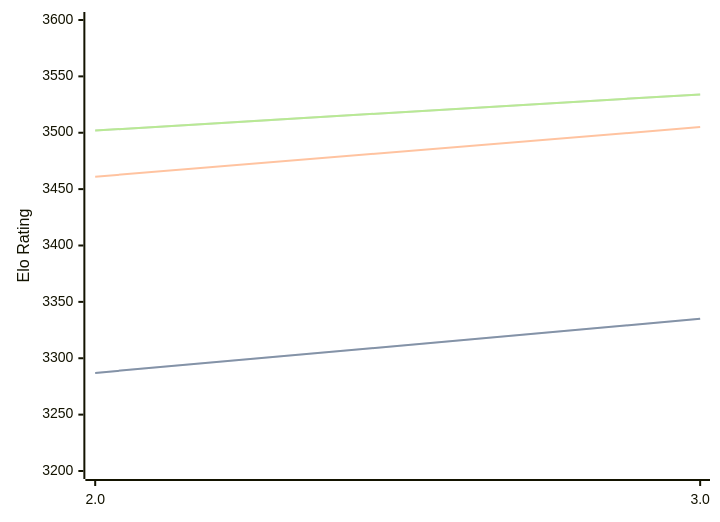
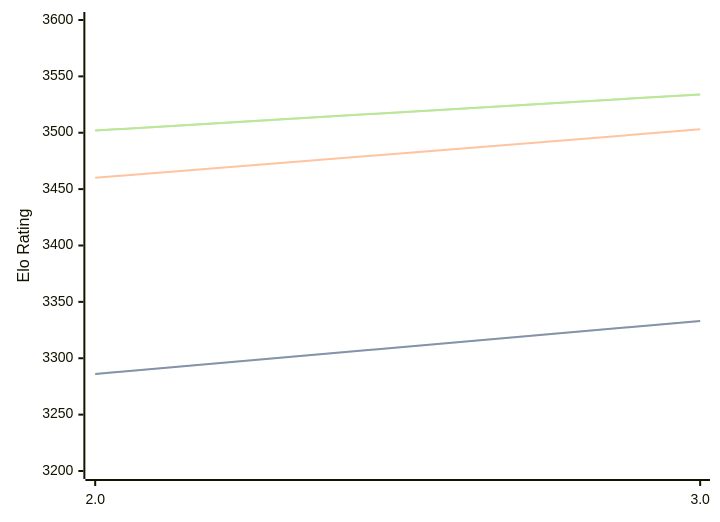
One commit to computer-chess-index/cci changed the third of 3 diagrams in engines/Quanticade.md. Above: the diagram before and after it, drawn with Mermaid. The commit also changed other lines of this file, not shown here.

````diff
--- a/engines/Quanticade.md
+++ b/engines/Quanticade.md
@@ -74,11 +74,11 @@
 ```mermaid
 %%{init: {"theme":"base","themeVariables":{"seriesColors:['#a3a3a3','#222221','#faa371']}}}%%
 xychart-beta
   x-axis ["2.0", "3.0"]
   y-axis "Elo Rating" 3200 --> 3600
-  line "STC (8.0+0.08s)" [3287, 3335]
-  line "STC (8.0+0.08s)" [3287, 3335]
-  line "LTC (60.0+0.60s)" [3461, 3505]
+  line "STC (8.0+0.08s)" [3286, 3333]
+  line "STC (8.0+0.08s)" [3286, 3333]
+  line "LTC (60.0+0.60s)" [3460, 3503]
   line "VLTC (2m24s+1.12s)" [3502, 3534]
   line "VLTC (2m24s+1.12s)" [3502, 3534]
 ```
````
